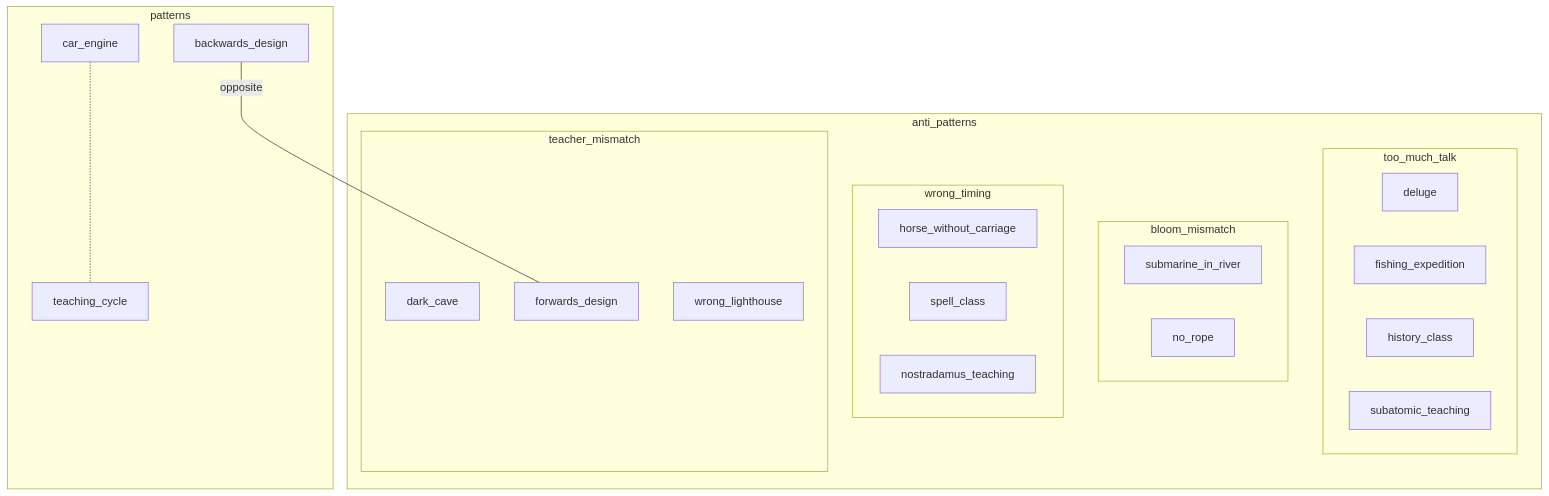
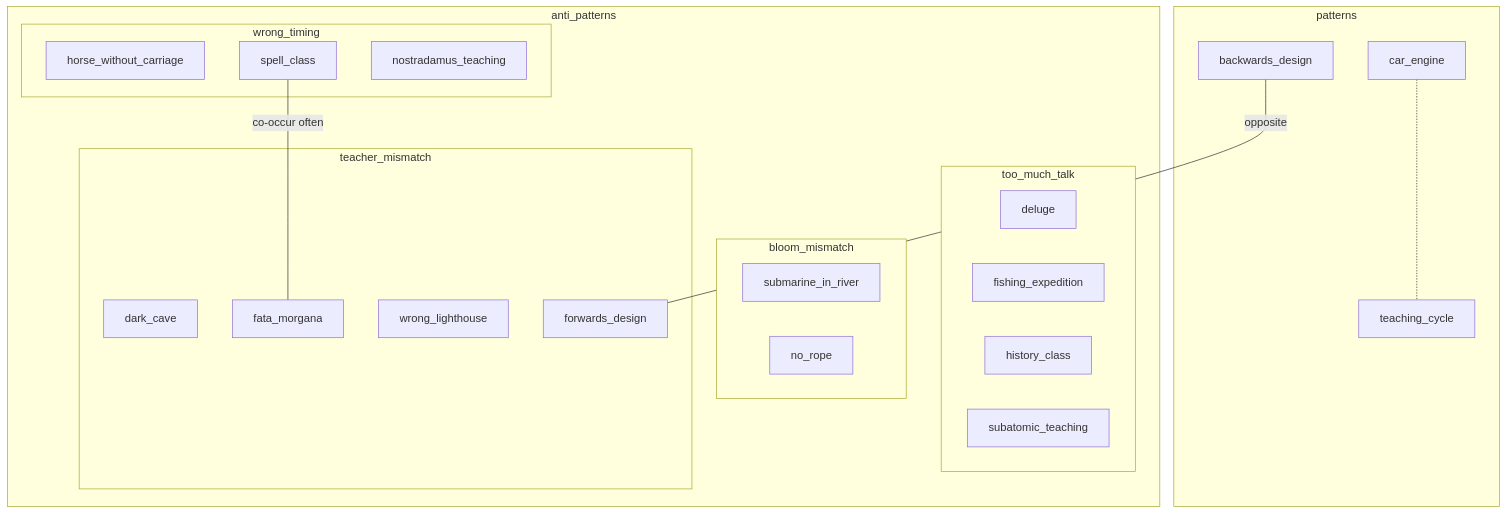
Before and after one commit to richelbilderbeek/teaching_patterns: the first of 4 diagrams in docs/README.md, drawn with Mermaid. The commit also changed other lines of this file, not shown here.

Commit message:
Add Fata Morgana

````diff
--- a/docs/README.md
+++ b/docs/README.md
@@ -10,33 +10,35 @@
 ```mermaid
 flowchart TD
   subgraph patterns
   backwards_design
   car_engine
   teaching_cycle
   car_engine -.- teaching_cycle
   end
 
   subgraph anti_patterns
   subgraph too_much_talk
     deluge
     fishing_expedition
     history_class
     subatomic_teaching
   end
   subgraph bloom_mismatch
     submarine_in_river
     no_rope
   end
   subgraph wrong_timing
     horse_without_carriage
     spell_class
     nostradamus_teaching
   end
   subgraph teacher_mismatch
     dark_cave
     forwards_design
     wrong_lighthouse
+    fata_morgana
   end
   end
   backwards_design --- |opposite| forwards_design
+  spell_class --- |co-occur often| fata_morgana
 ```
````
